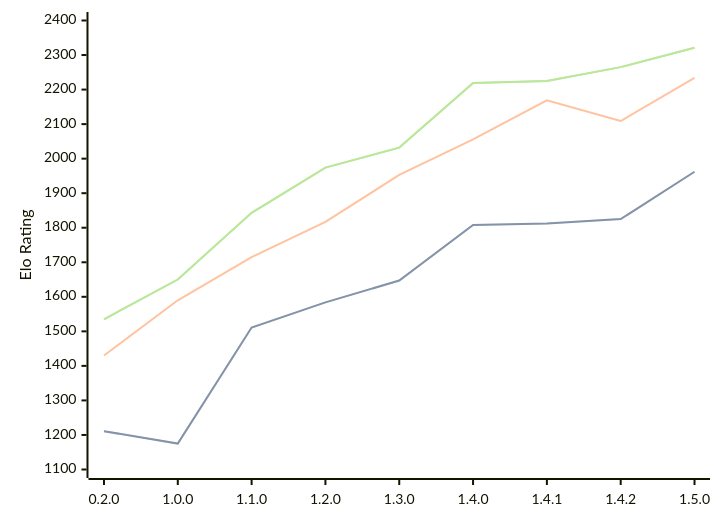
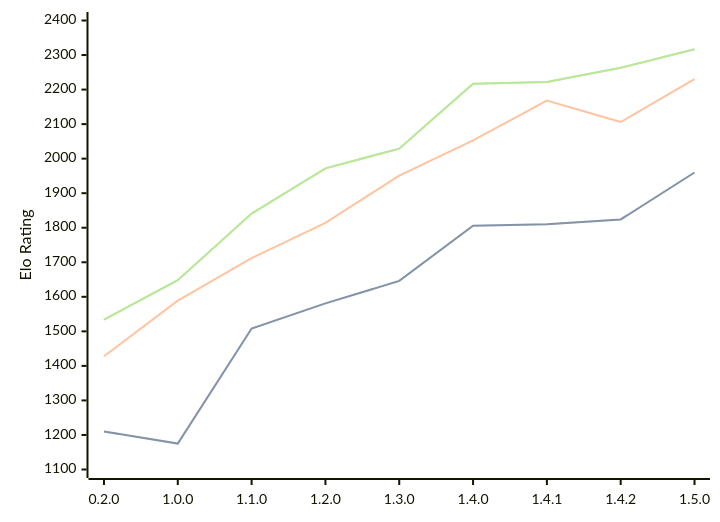
The diagram in engines/Zeppelin.md (computer-chess-index/cci), drawn with Mermaid before and after one commit. The commit also changed other lines of this file, not shown here.

Commit message:
Update CCI Ratings (ELO VLTC) - 2026-05-18

````diff
--- a/engines/Zeppelin.md
+++ b/engines/Zeppelin.md
@@ -41,11 +41,11 @@
 ```mermaid
 %%{init: {"theme":"base","themeVariables":{"seriesColors:['#a3a3a3','#222221','#faa371']}}}%%
 xychart-beta
   x-axis ["0.2.0", "1.0.0", "1.1.0", "1.2.0", "1.3.0", "1.4.0", "1.4.1", "1.4.2", "1.5.0"]
   y-axis "Elo Rating" 1100 --> 2400
-  line "STC (8.0+0.08s)" [1211, 1175, 1511, 1584, 1647, 1808, 1812, 1825, 1962]
-  line "STC (8.0+0.08s)" [1211, 1175, 1511, 1584, 1647, 1808, 1812, 1825, 1962]
-  line "LTC (60.0+0.60s)" [1430, 1590, 1715, 1817, 1953, 2056, 2169, 2109, 2234]
-  line "VLTC (2m24s+1.12s)" [1535, 1650, 1843, 1974, 2032, 2219, 2225, 2265, 2321]
-  line "VLTC (2m24s+1.12s)" [1535, 1650, 1843, 1974, 2032, 2219, 2225, 2265, 2321]
+  line "STC (8.0+0.08s)" [1210, 1175, 1508, 1581, 1646, 1806, 1810, 1824, 1960]
+  line "STC (8.0+0.08s)" [1210, 1175, 1508, 1581, 1646, 1806, 1810, 1824, 1960]
+  line "LTC (60.0+0.60s)" [1428, 1589, 1712, 1814, 1951, 2053, 2168, 2106, 2230]
+  line "VLTC (2m24s+1.12s)" [1534, 1648, 1841, 1972, 2029, 2217, 2222, 2263, 2317]
+  line "VLTC (2m24s+1.12s)" [1534, 1648, 1841, 1972, 2029, 2217, 2222, 2263, 2317]
 ```
````
